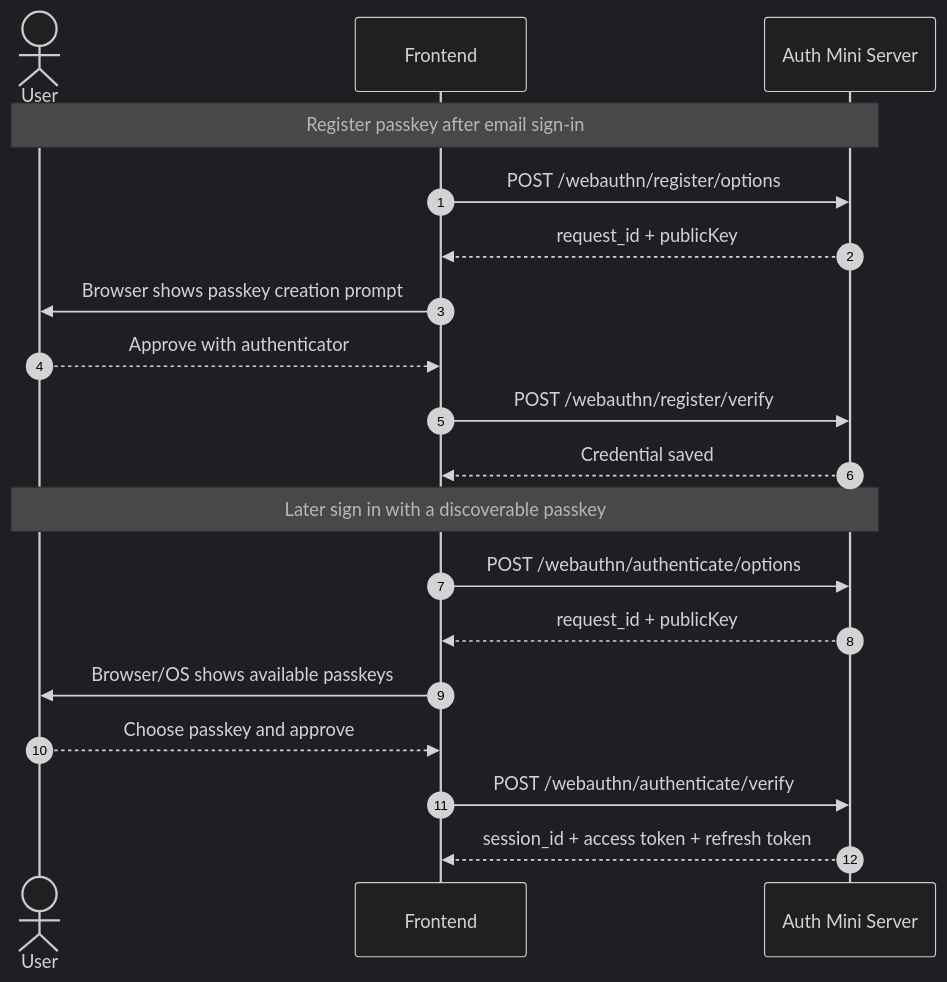
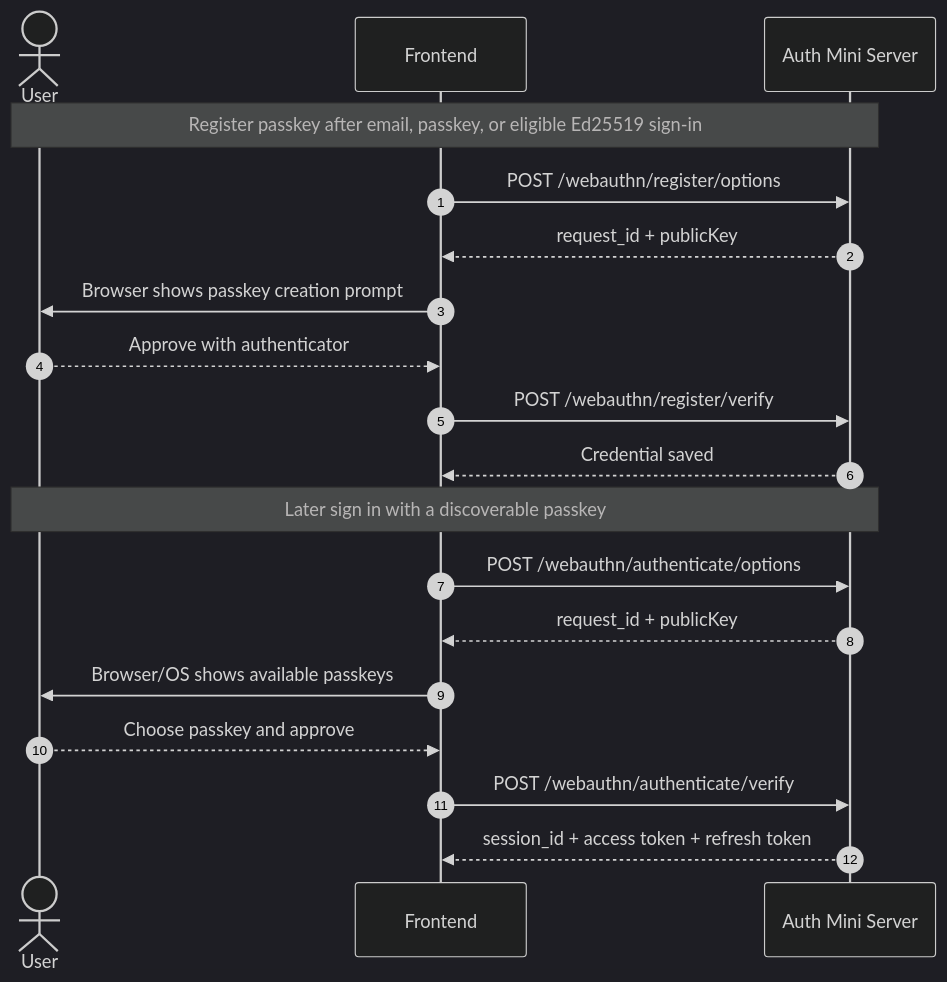
One commit to zccz14/auth-mini changed the second of 4 diagrams in README.md. Above: the diagram before and after it, drawn with Mermaid (dark theme). The commit also changed other lines of this file and 8 other files, not shown here.

````diff
--- a/README.md
+++ b/README.md
@@ -63,23 +63,23 @@
 ```mermaid
 sequenceDiagram
     autonumber
     actor User
     participant Frontend
     participant Auth as Auth Mini Server
 
-    Note over User,Auth: Register passkey after email sign-in
+    Note over User,Auth: Register passkey after email, passkey, or eligible Ed25519 sign-in
     Frontend->>Auth: POST /webauthn/register/options
     Auth-->>Frontend: request_id + publicKey
     Frontend->>User: Browser shows passkey creation prompt
     User-->>Frontend: Approve with authenticator
     Frontend->>Auth: POST /webauthn/register/verify
     Auth-->>Frontend: Credential saved
 
     Note over User,Auth: Later sign in with a discoverable passkey
     Frontend->>Auth: POST /webauthn/authenticate/options
     Auth-->>Frontend: request_id + publicKey
     Frontend->>User: Browser/OS shows available passkeys
     User-->>Frontend: Choose passkey and approve
     Frontend->>Auth: POST /webauthn/authenticate/verify
     Auth-->>Frontend: session_id + access token + refresh token
 ```
````
